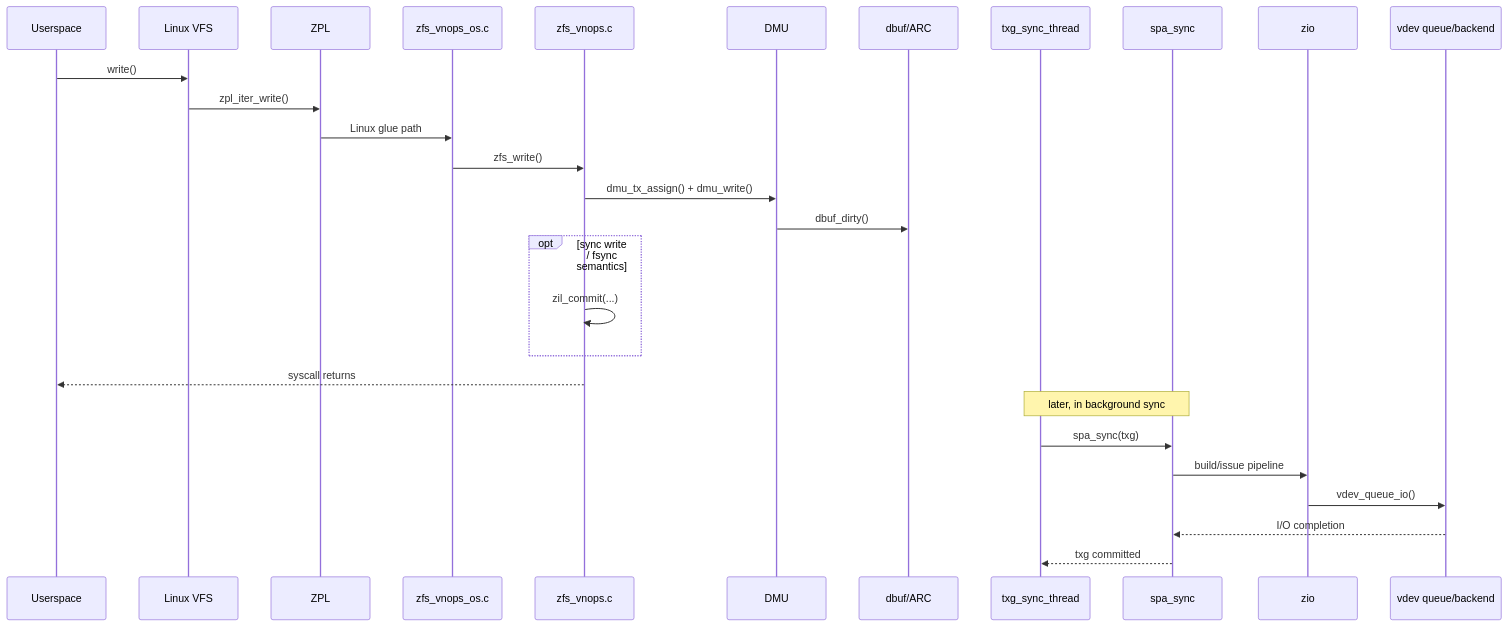
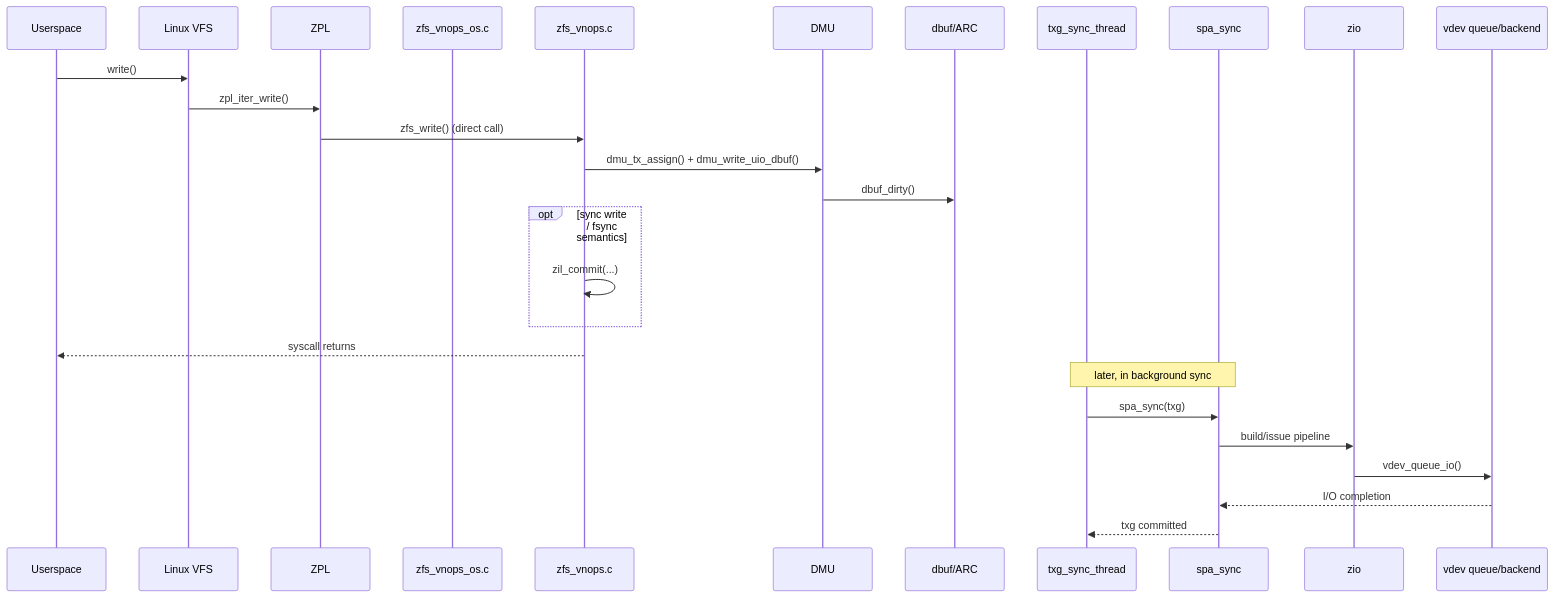
One commit to mminkus/zfs-codebase changed the second of 4 diagrams in docs/01-architecture-overview.md. Above: the diagram before and after it, drawn with Mermaid. The commit also changed other lines of this file and 5 other files, not shown here.

````diff
--- a/docs/01-architecture-overview.md
+++ b/docs/01-architecture-overview.md
@@ -153,32 +150,31 @@
 ```mermaid
 sequenceDiagram
     participant U as Userspace
     participant V as Linux VFS
     participant Z as ZPL
     participant O as zfs_vnops_os.c
     participant C as zfs_vnops.c
     participant D as DMU
     participant B as dbuf/ARC
     participant T as txg_sync_thread
     participant S as spa_sync
     participant I as zio
     participant Q as vdev queue/backend
 
     U->>V: write()
     V->>Z: zpl_iter_write()
-    Z->>O: Linux glue path
-    O->>C: zfs_write()
-    C->>D: dmu_tx_assign() + dmu_write()
+    Z->>C: zfs_write() (direct call)
+    C->>D: dmu_tx_assign() + dmu_write_uio_dbuf()
     D->>B: dbuf_dirty()
     opt sync write / fsync semantics
         C->>C: zil_commit(...)
     end
     C-->>U: syscall returns
 
     Note over T,S: later, in background sync
     T->>S: spa_sync(txg)
     S->>I: build/issue pipeline
     I->>Q: vdev_queue_io()
     Q-->>S: I/O completion
     S-->>T: txg committed
 ```
````
